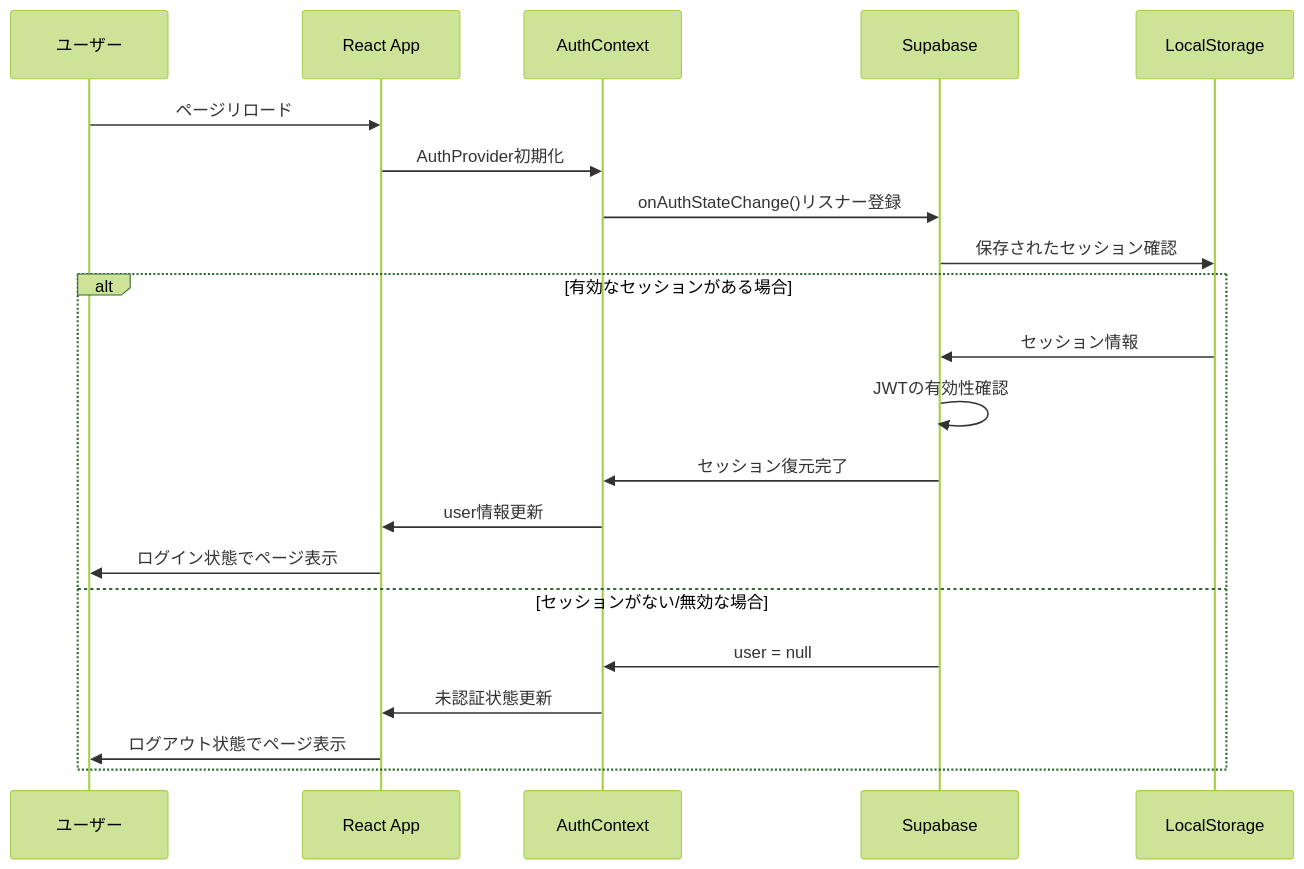
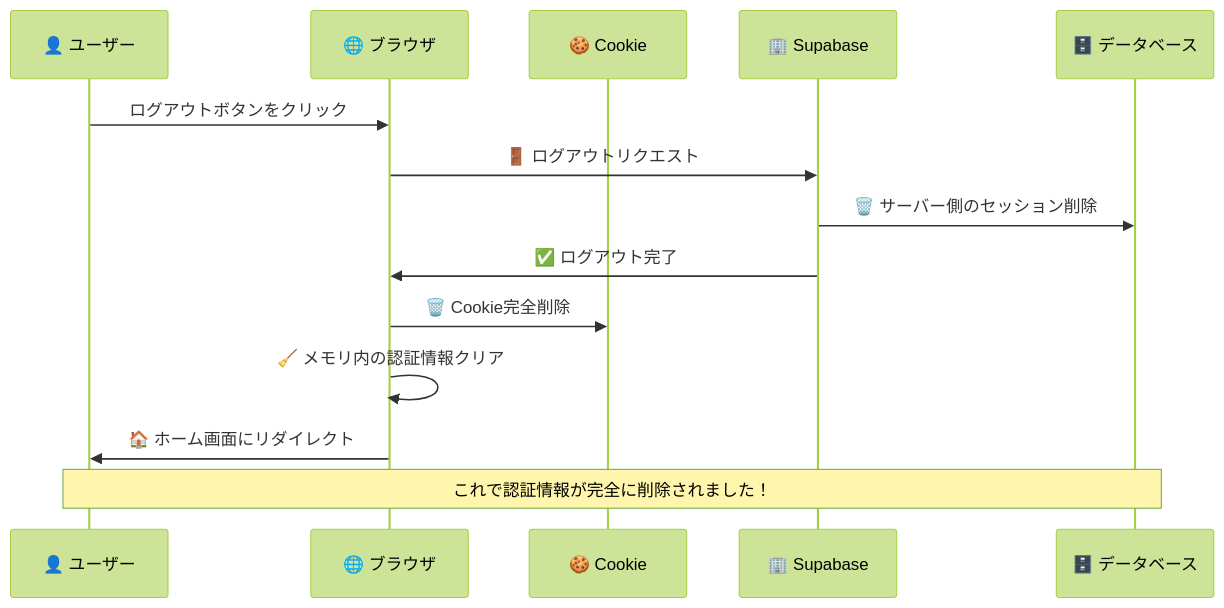
Before and after one commit to stopod/bucket-list-app: the fourth of 4 diagrams in docs/authentication-guide.md, drawn with Mermaid (forest theme). The commit also changed other lines of this file, not shown here.

````diff
--- a/docs/authentication-guide.md
+++ b/docs/authentication-guide.md
@@ -223,25 +263,18 @@
 ```mermaid
 sequenceDiagram
-    participant U as ユーザー
-    participant R as React App
-    participant AC as AuthContext
-    participant S as Supabase
-    participant LS as LocalStorage
+    participant U as 👤 ユーザー
+    participant B as 🌐 ブラウザ
+    participant C as 🍪 Cookie
+    participant S as 🏢 Supabase
+    participant D as 🗄️ データベース
 
-    U->>R: ページリロード
-    R->>AC: AuthProvider初期化
-    AC->>S: onAuthStateChange()リスナー登録
-    S->>LS: 保存されたセッション確認
+    U->>B: ログアウトボタンをクリック
+    B->>S: 🚪 ログアウトリクエスト
+    S->>D: 🗑️ サーバー側のセッション削除
+    S->>B: ✅ ログアウト完了
+    B->>C: 🗑️ Cookie完全削除
+    B->>B: 🧹 メモリ内の認証情報クリア
+    B->>U: 🏠 ホーム画面にリダイレクト
     
-    alt 有効なセッションがある場合
-        LS->>S: セッション情報
-        S->>S: JWTの有効性確認
-        S->>AC: セッション復元完了
-        AC->>R: user情報更新
-        R->>U: ログイン状態でページ表示
-    else セッションがない/無効な場合
-        S->>AC: user = null
-        AC->>R: 未認証状態更新
-        R->>U: ログアウト状態でページ表示
-    end
+    Note over U,D: これで認証情報が完全に削除されました！
 ```
````
